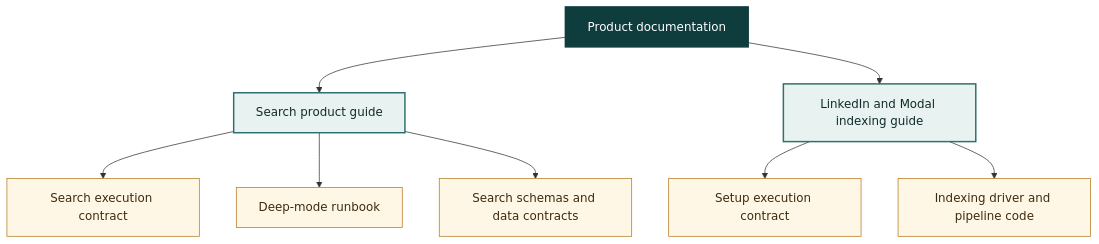
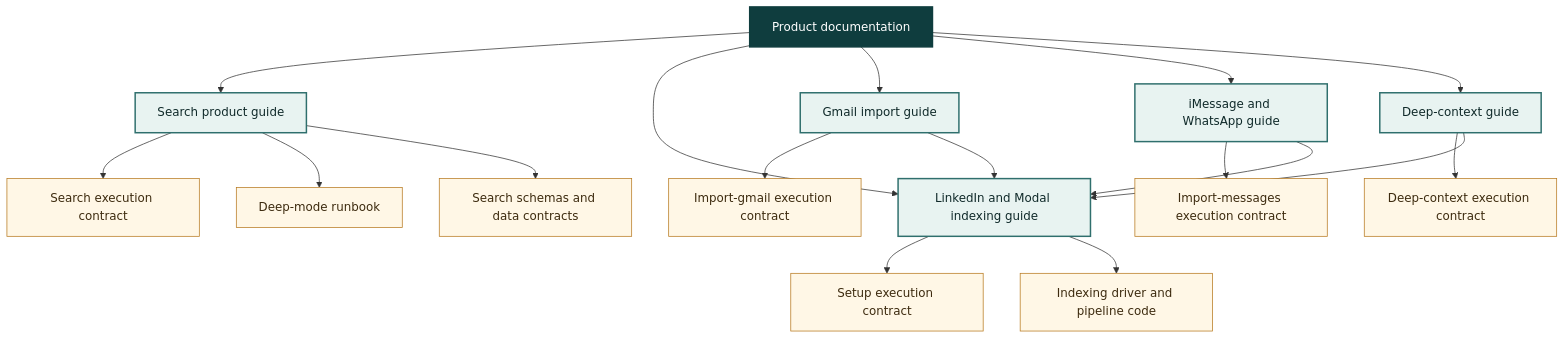
One commit to powerset-co/powerpacks changed the diagram in docs/README.md. Above: the diagram before and after it, drawn with Mermaid. The commit also changed other lines of this file and 28 other files, not shown here.

````diff
--- a/docs/README.md
+++ b/docs/README.md
@@ -20,17 +23,26 @@
 ```mermaid
 flowchart TD
     HOME[Product documentation] --> SEARCH[Search product guide]
     HOME --> INDEX[LinkedIn and Modal indexing guide]
+    HOME --> GMAIL[Gmail import guide]
+    HOME --> MESSAGES[iMessage and WhatsApp guide]
+    HOME --> CONTEXT[Deep-context guide]
     SEARCH --> SEARCHSKILL[Search execution contract]
     SEARCH --> DEEP[Deep-mode runbook]
     SEARCH --> CONTRACTS[Search schemas and data contracts]
     INDEX --> SETUP[Setup execution contract]
     INDEX --> CODE[Indexing driver and pipeline code]
+    GMAIL --> GMAILSKILL[Import-gmail execution contract]
+    GMAIL --> INDEX
+    MESSAGES --> MESSAGESKILL[Import-messages execution contract]
+    MESSAGES --> INDEX
+    CONTEXT --> CONTEXTSKILL[Deep-context execution contract]
+    CONTEXT --> INDEX
 
     classDef home fill:#0f3d3e,color:#ffffff,stroke:#0f3d3e,stroke-width:2px;
     classDef guide fill:#e8f3f1,color:#102a2a,stroke:#2f6f6d,stroke-width:2px;
     classDef detail fill:#fff7e6,color:#3d2b0f,stroke:#b7791f;
     class HOME home;
-    class SEARCH,INDEX guide;
-    class SEARCHSKILL,DEEP,CONTRACTS,SETUP,CODE detail;
+    class SEARCH,INDEX,GMAIL,MESSAGES,CONTEXT guide;
+    class SEARCHSKILL,DEEP,CONTRACTS,SETUP,CODE,GMAILSKILL,MESSAGESKILL,CONTEXTSKILL detail;
 ```
````
